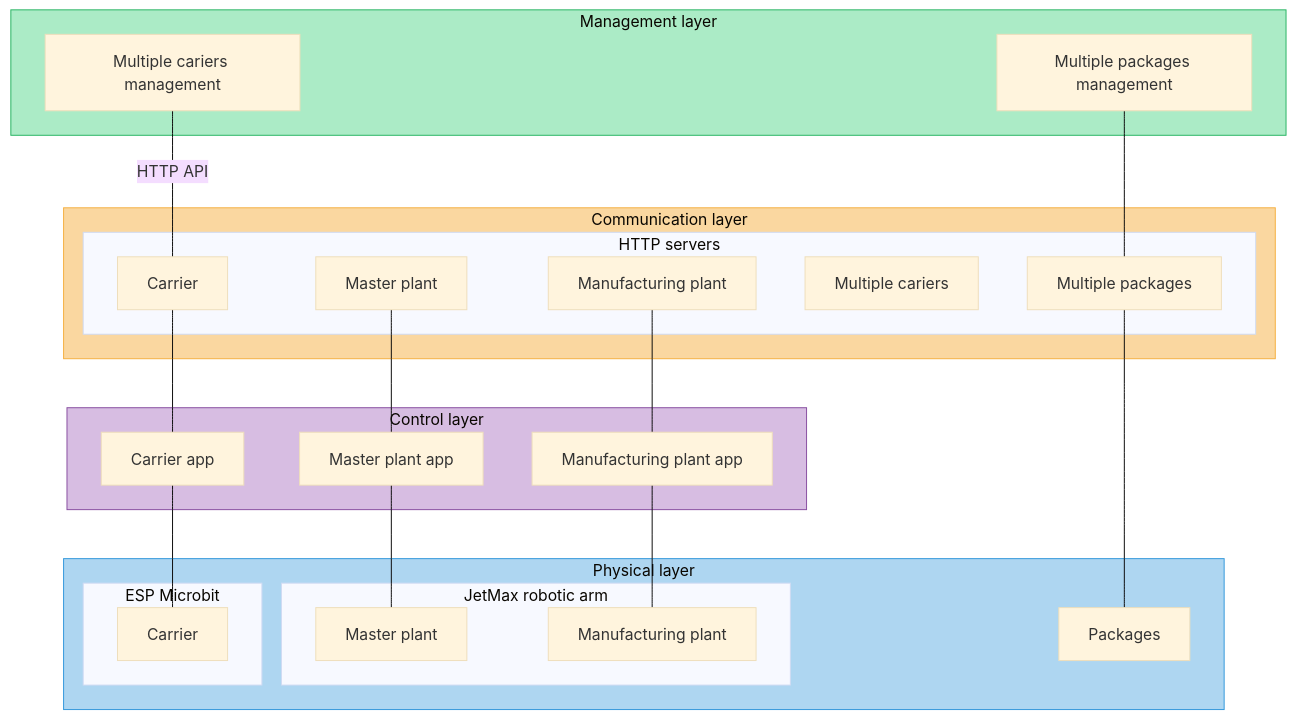
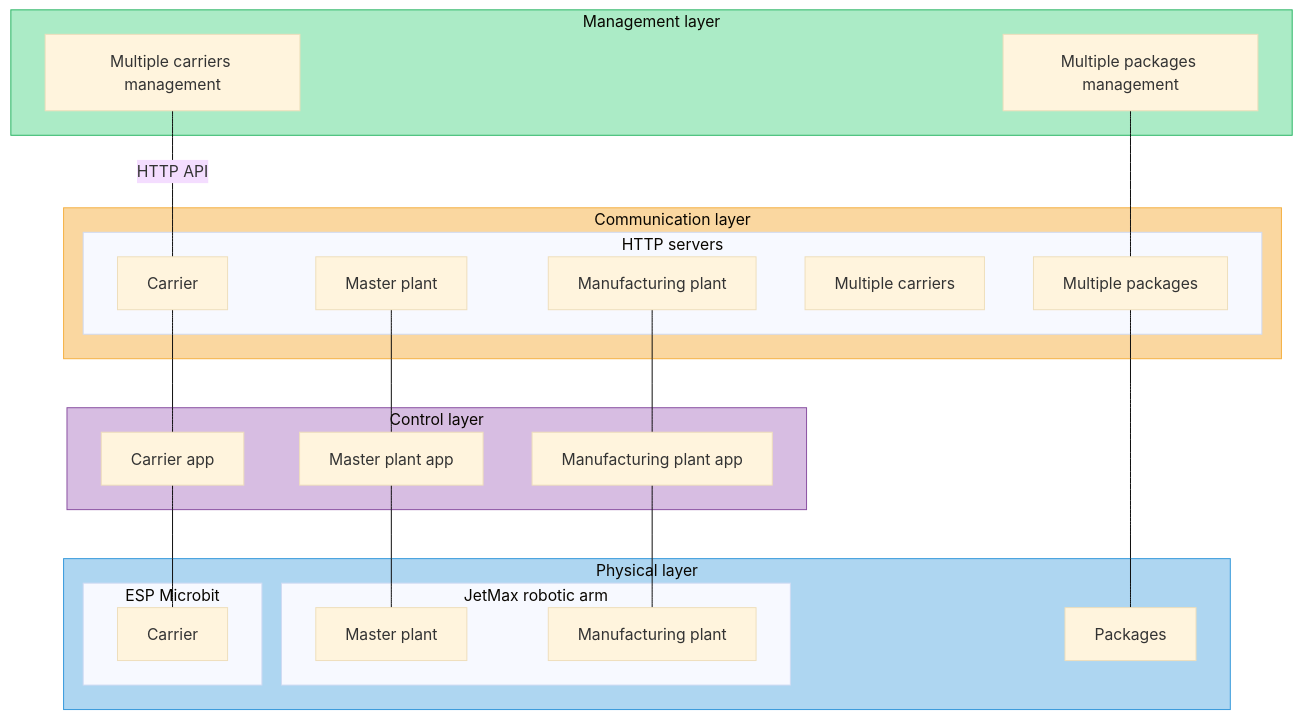
The first of 2 diagrams in README.md (fsprojekti/shr-mfg-platform), drawn with Mermaid (base theme) before and after one commit. The commit also changed other lines of this file, not shown here.

````diff
--- a/README.md
+++ b/README.md
@@ -12,60 +12,60 @@
 ```mermaid
 graph TD
 
 subgraph ML[Management layer]
-    MC[Multiple cariers management ]
+    MC[Multiple carriers management ]
     MPP[Multiple packages management]
 end
 subgraph CL[Communication layer]
     subgraph CL1[HTTP servers]
     CC[Carrier]
     CO[Master plant]
     CM[Manufacturing plant]
 
-    MCM[Multiple cariers]
+    MCM[Multiple carriers]
     CPP[Multiple packages]
 
 
     end
     
 end
 subgraph AL[Control layer]
     AO[Master plant app]
     AC[Carrier app]
     AM[Manufacturing plant app]
    
 end
 subgraph PL[Physical layer]
     subgraph PL1[ESP Microbit]
     C[Carrier]
     end
    
     subgraph PL2[JetMax robotic arm]
         M[Manufacturing plant]
         O[Master plant]
     end
     P[Packages]
 end
 
 AO---O
 AC---C
 AM---M
 
 CO---AO
 CC---AC
 CM---AM
 
 
 MPP---CPP---P
 
 MC---|HTTP API|CC
 
 
 
 style CL fill:#FAD7A0, stroke:#F5B041
 style PL fill:#AED6F1, stroke:#3498DB
 style ML fill:#ABEBC6, stroke:#28B463
 style AL fill:#D7BDE2, stroke:#884EA0
 
 
 ```
````
